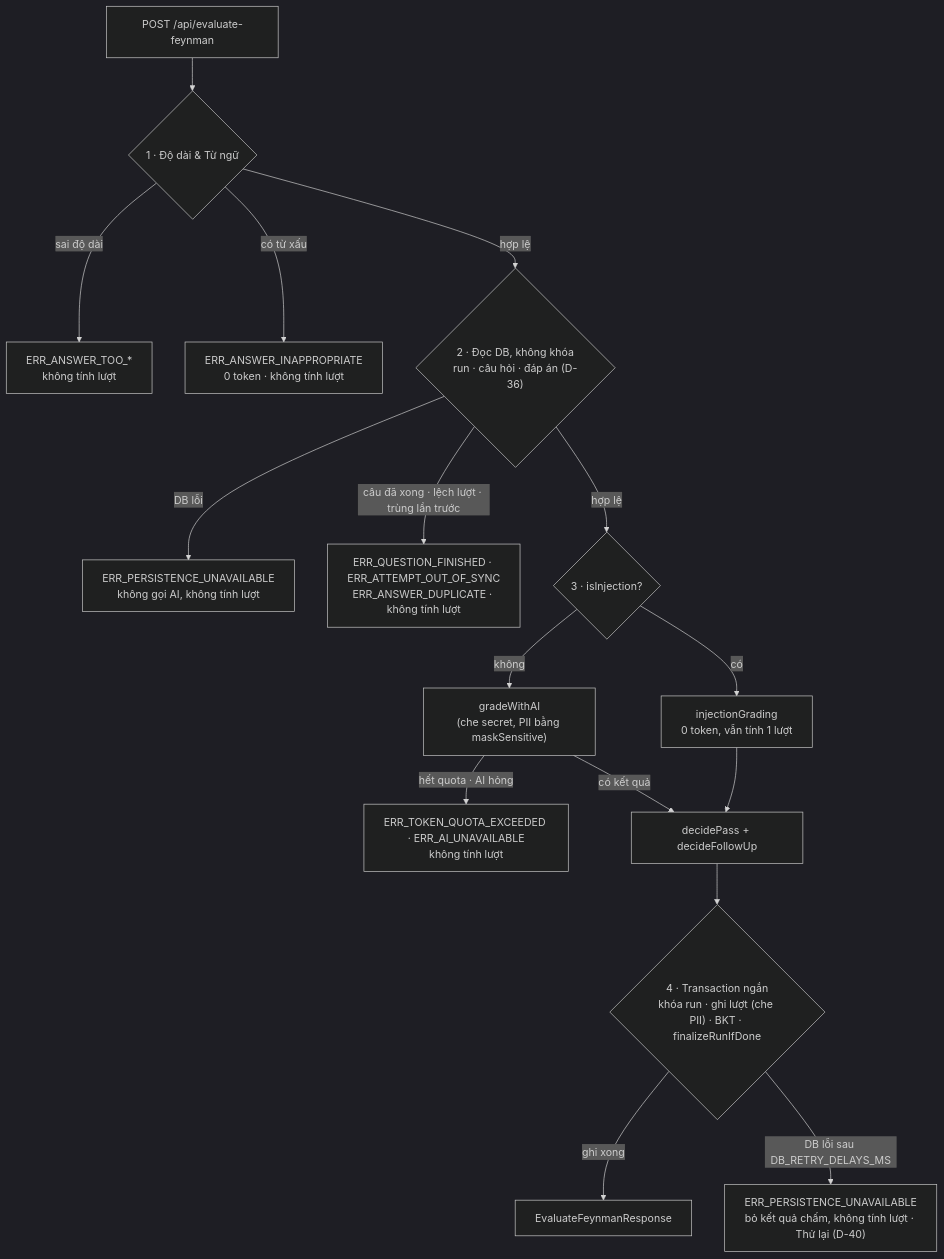
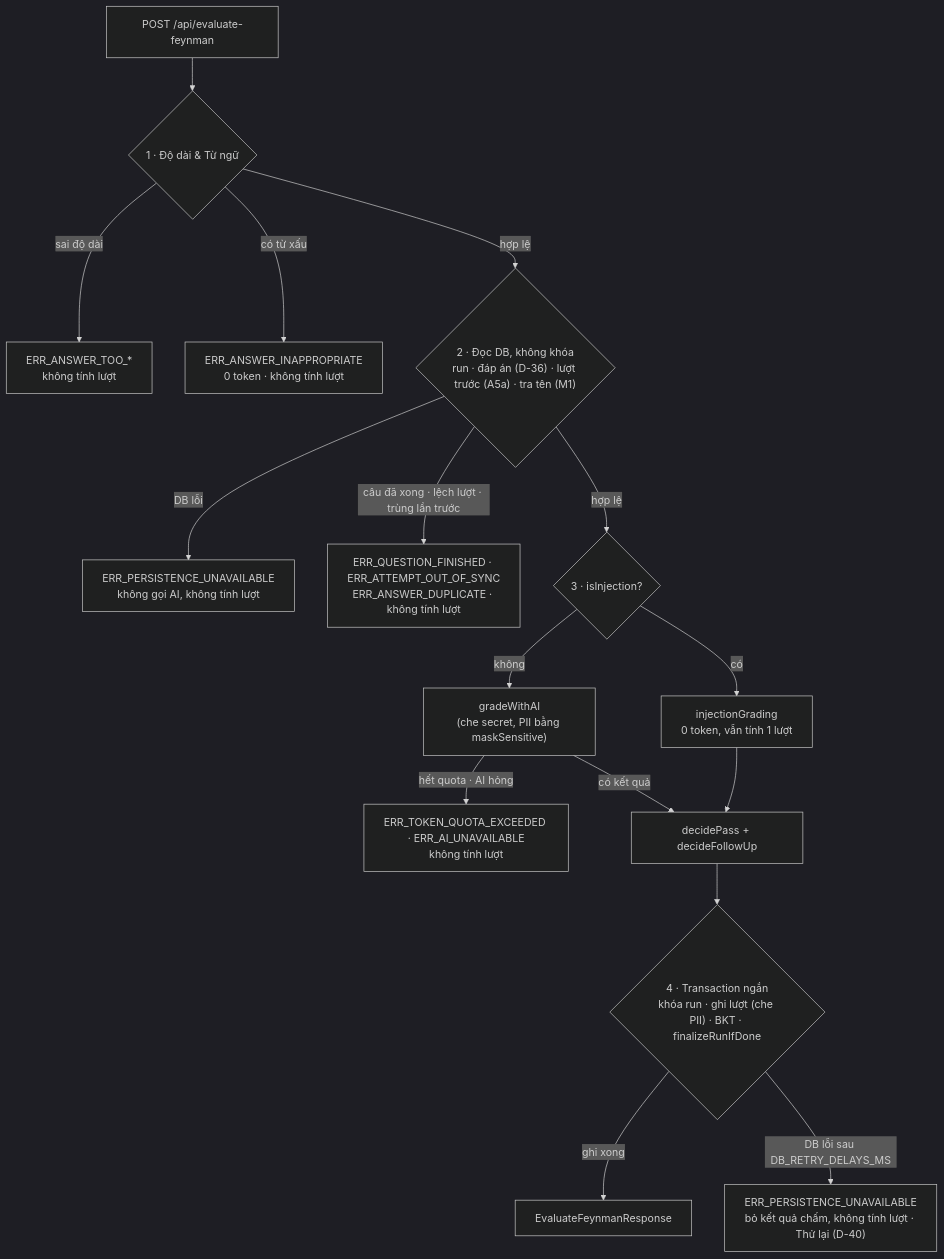
One commit to huynhthanhnhannnh-pixel/Hackathon_SGU changed the third of 3 diagrams in spec/03_API_VA_LUU_TRU.md. Above: the diagram before and after it, drawn with Mermaid (dark theme). The commit also changed other lines of this file and 16 other files, not shown here.

````diff
--- a/spec/03_API_VA_LUU_TRU.md
+++ b/spec/03_API_VA_LUU_TRU.md
@@ -334,18 +337,18 @@
 ```mermaid
 flowchart TD
   A["POST /api/evaluate-feynman"] --> B{"1 · Độ dài & Từ ngữ"}
   B -- "sai độ dài" --> EB["ERR_ANSWER_TOO_*<br/>không tính lượt"]
   B -- "có từ xấu" --> EIN["ERR_ANSWER_INAPPROPRIATE<br/>0 token · không tính lượt"]
-  B -- "hợp lệ" --> C{"2 · Đọc DB, không khóa<br/>run · câu hỏi · đáp án (D-36)"}
+  B -- "hợp lệ" --> C{"2 · Đọc DB, không khóa<br/>run · đáp án (D-36) · lượt trước (A5a) · tra tên (M1)"}
   C -- "DB lỗi" --> EC["ERR_PERSISTENCE_UNAVAILABLE<br/>không gọi AI, không tính lượt"]
   C -- "câu đã xong · lệch lượt · trùng lần trước" --> ED["ERR_QUESTION_FINISHED · ERR_ATTEMPT_OUT_OF_SYNC<br/>ERR_ANSWER_DUPLICATE · không tính lượt"]
   C -- "hợp lệ" --> D{"3 · isInjection?"}
   D -- "có" --> D1["injectionGrading<br/>0 token, vẫn tính 1 lượt"]
   D -- "không" --> D2["gradeWithAI<br/>(che secret, PII bằng maskSensitive)"]
   D2 -- "hết quota · AI hỏng" --> EE["ERR_TOKEN_QUOTA_EXCEEDED · ERR_AI_UNAVAILABLE<br/>không tính lượt"]
   D1 --> F["decidePass + decideFollowUp"]
   D2 -- "có kết quả" --> F
   F --> G{"4 · Transaction ngắn<br/>khóa run · ghi lượt (che PII) · BKT · finalizeRunIfDone"}
   G -- "ghi xong" --> OK["EvaluateFeynmanResponse"]
   G -- "DB lỗi sau DB_RETRY_DELAYS_MS" --> RC["ERR_PERSISTENCE_UNAVAILABLE<br/>bỏ kết quả chấm, không tính lượt · Thử lại (D-40)"]
 ```
````
